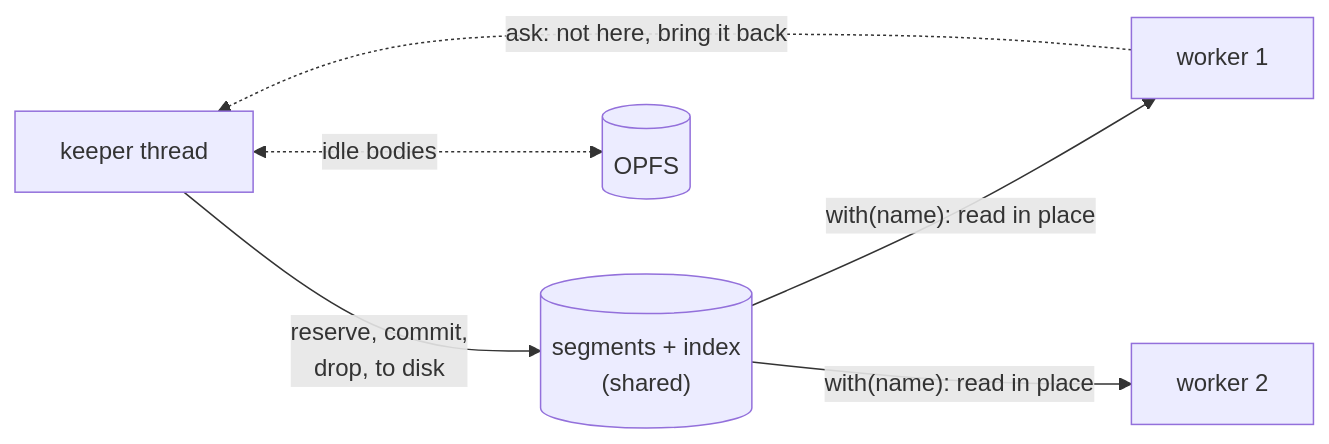
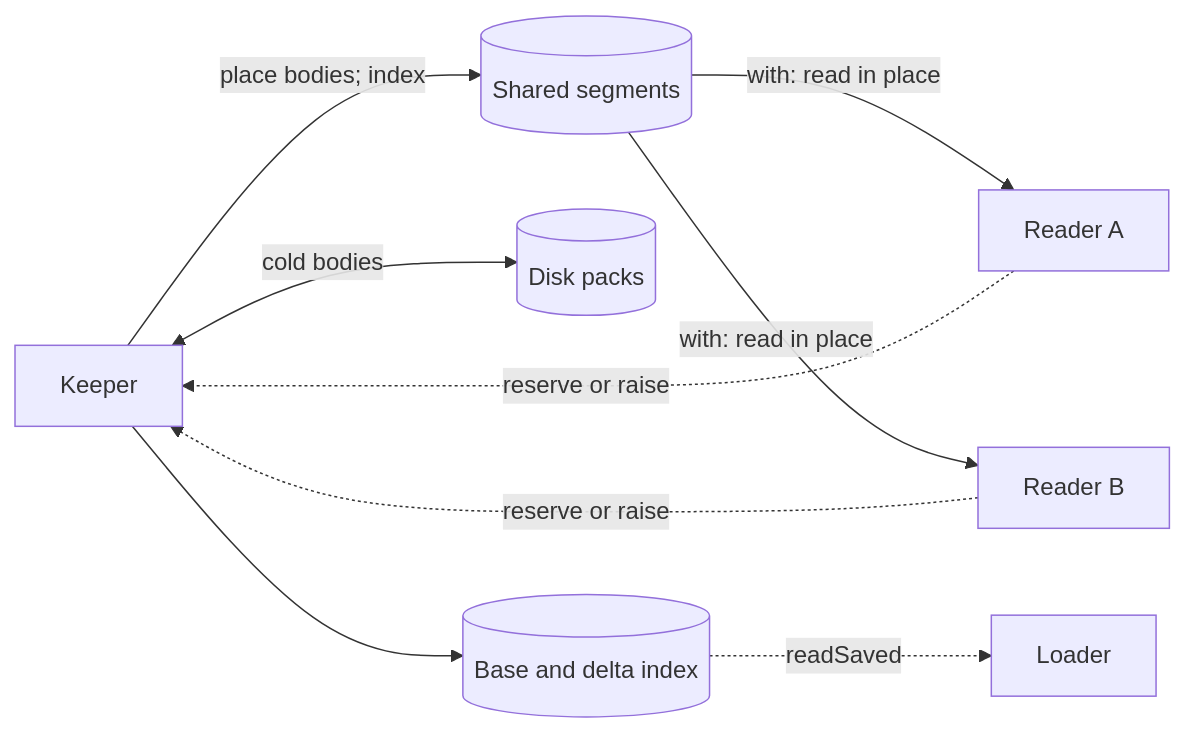
Before and after one commit to bottlify/cellar: the sixth of 6 diagrams in examples/README.md, drawn with Mermaid. The commit also changed other lines of this file and 9 other files, not shown here.

````diff
--- a/examples/README.md
+++ b/examples/README.md
@@ -95,8 +91,11 @@
 ```mermaid
 flowchart LR
-    K[keeper thread] -- "reserve, commit,<br/>drop, to disk" --> S[("segments + index<br/>(shared)")]
-    S -- "with(name): read in place" --> R1[worker 1]
-    S -- "with(name): read in place" --> R2[worker 2]
-    R1 -. "ask: not here, bring it back" .-> K
-    K <-. "idle bodies" .-> O[(OPFS)]
+    K[Keeper] -->|place bodies; index| S[(Shared segments)]
+    S -->|with: read in place| A[Reader A]
+    S -->|with: read in place| B[Reader B]
+    A -.->|reserve or raise| K
+    B -.->|reserve or raise| K
+    K <-->|cold bodies| P[(Disk packs)]
+    K --> I[(Base and delta index)]
+    I -.->|readSaved| L[Loader]
 ```
````
